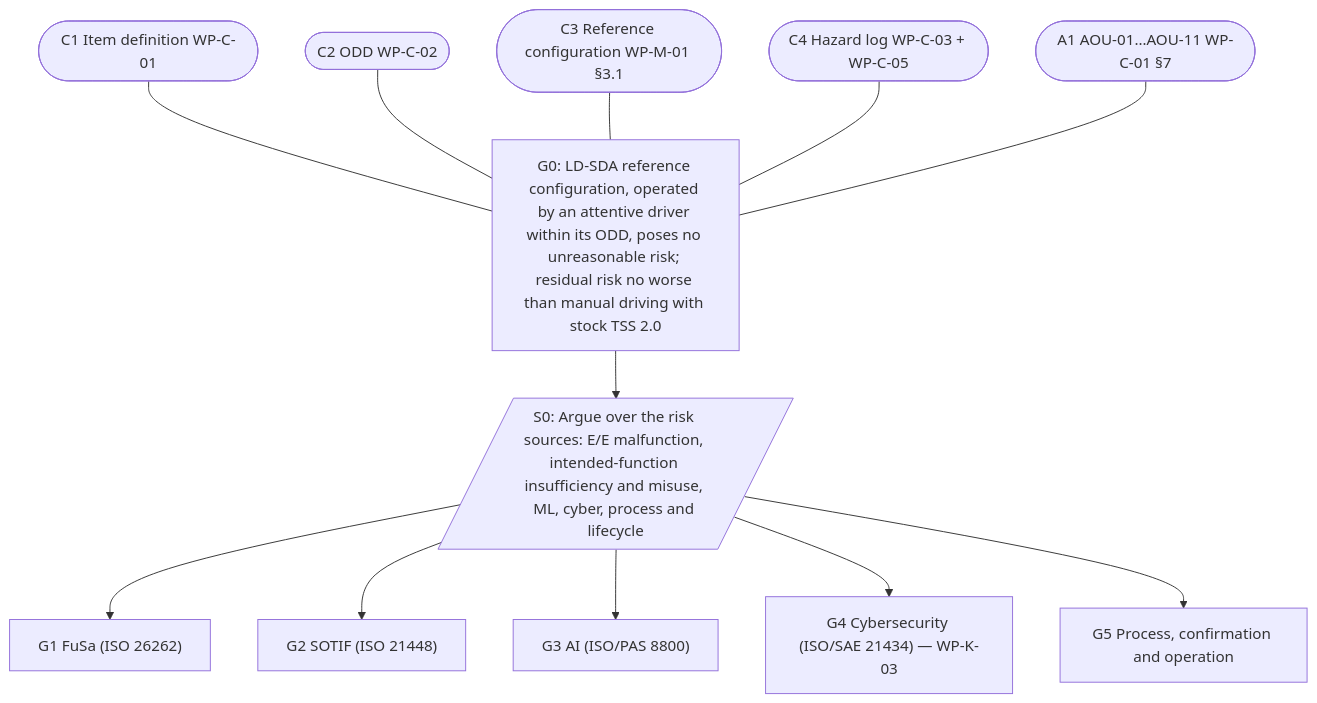
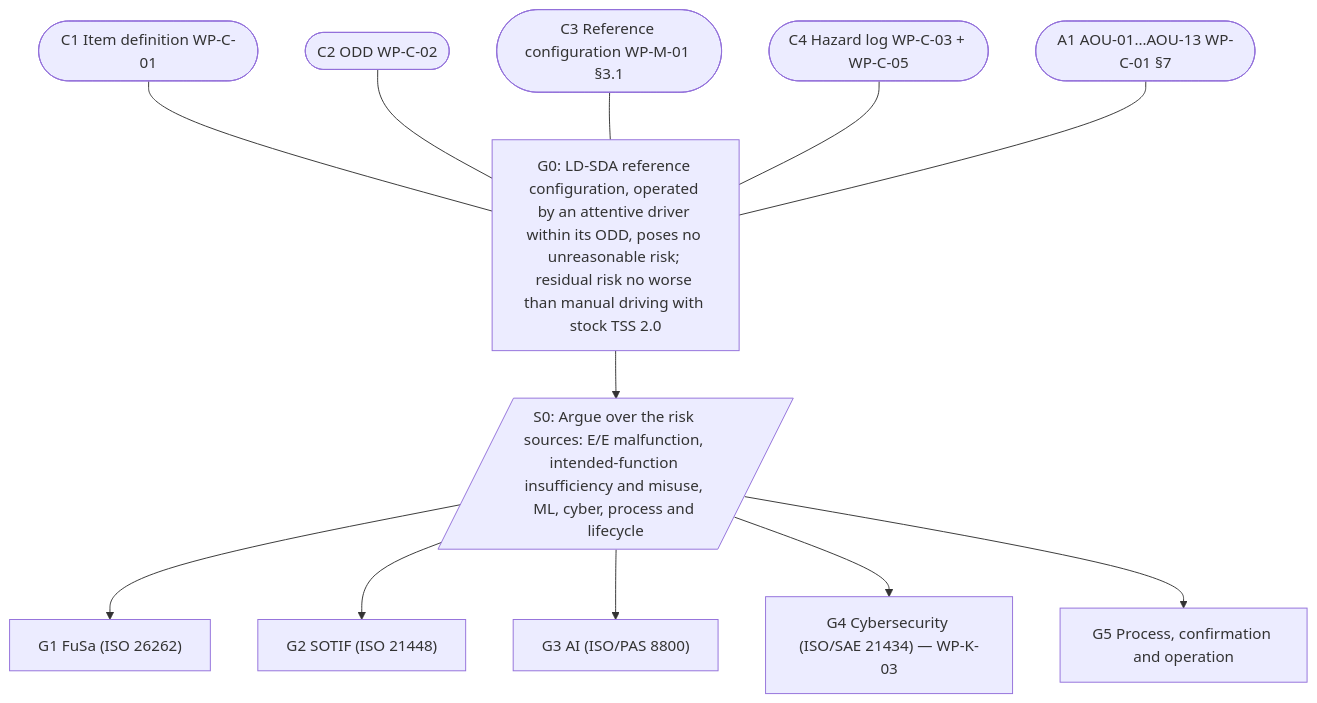
One commit to jherrodthomas/LionDriver changed the diagram in assurance/10-safety-case/WP-K-01-safety-case.md. Above: the diagram before and after it, drawn with Mermaid. The commit also changed other lines of this file and 14 other files, not shown here.

````diff
--- a/assurance/10-safety-case/WP-K-01-safety-case.md
+++ b/assurance/10-safety-case/WP-K-01-safety-case.md
@@ -47,16 +47,16 @@
 ```mermaid
 flowchart TD
   G0["G0: LD-SDA reference configuration, operated by an attentive driver within its ODD, poses no unreasonable risk; residual risk no worse than manual driving with stock TSS 2.0"]
   C1(["C1 Item definition WP-C-01"]) --- G0
   C2(["C2 ODD WP-C-02"]) --- G0
   C3(["C3 Reference configuration WP-M-01 §3.1"]) --- G0
   C4(["C4 Hazard log WP-C-03 + WP-C-05"]) --- G0
-  A1(["A1 AOU-01…AOU-11 WP-C-01 §7"]) --- G0
+  A1(["A1 AOU-01…AOU-13 WP-C-01 §7"]) --- G0
   S0[/"S0: Argue over the risk sources: E/E malfunction, intended-function insufficiency and misuse, ML, cyber, process and lifecycle"/]
   G0 --> S0
   S0 --> G1["G1 FuSa (ISO 26262)"]
   S0 --> G2["G2 SOTIF (ISO 21448)"]
   S0 --> G3["G3 AI (ISO/PAS 8800)"]
   S0 --> G4["G4 Cybersecurity (ISO/SAE 21434) — WP-K-03"]
   S0 --> G5["G5 Process, confirmation and operation"]
 ```
````
